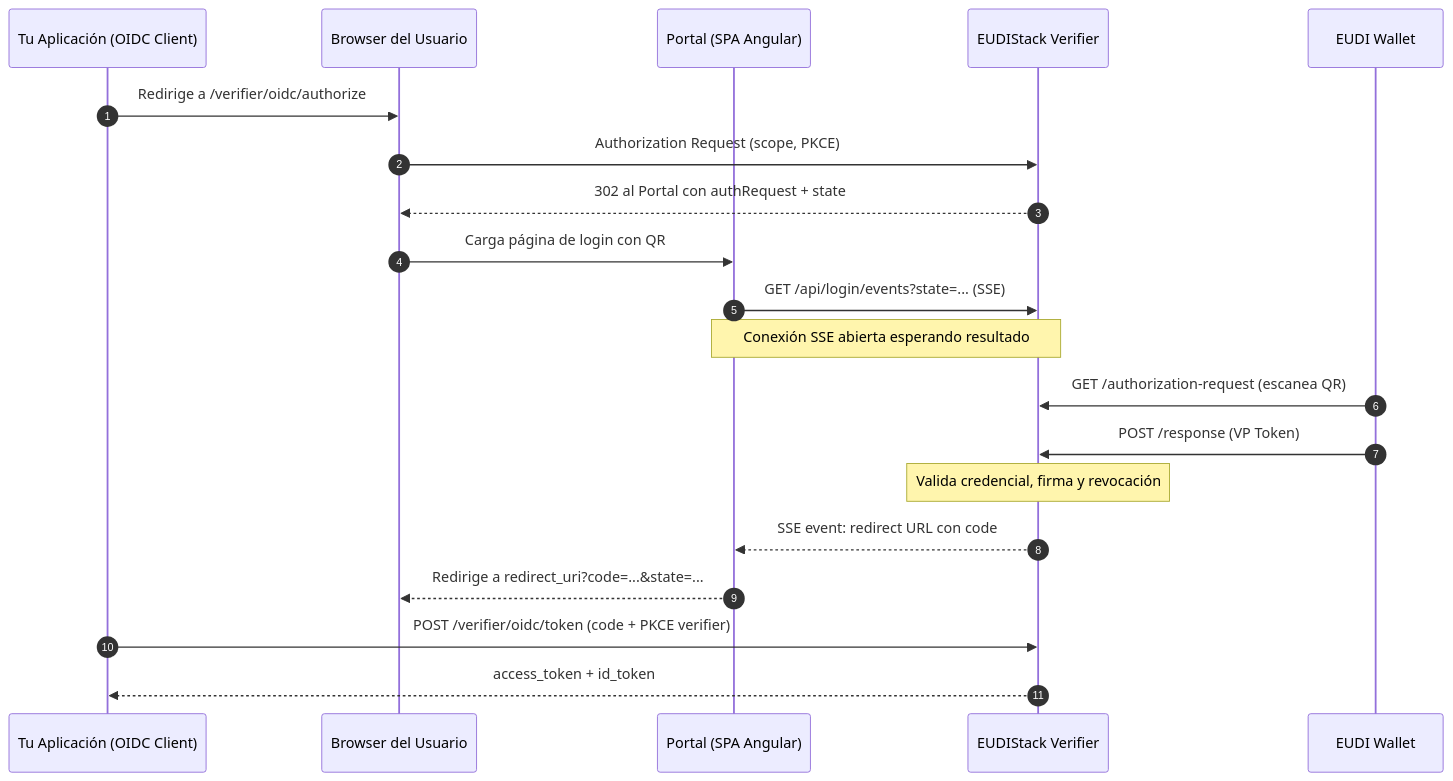
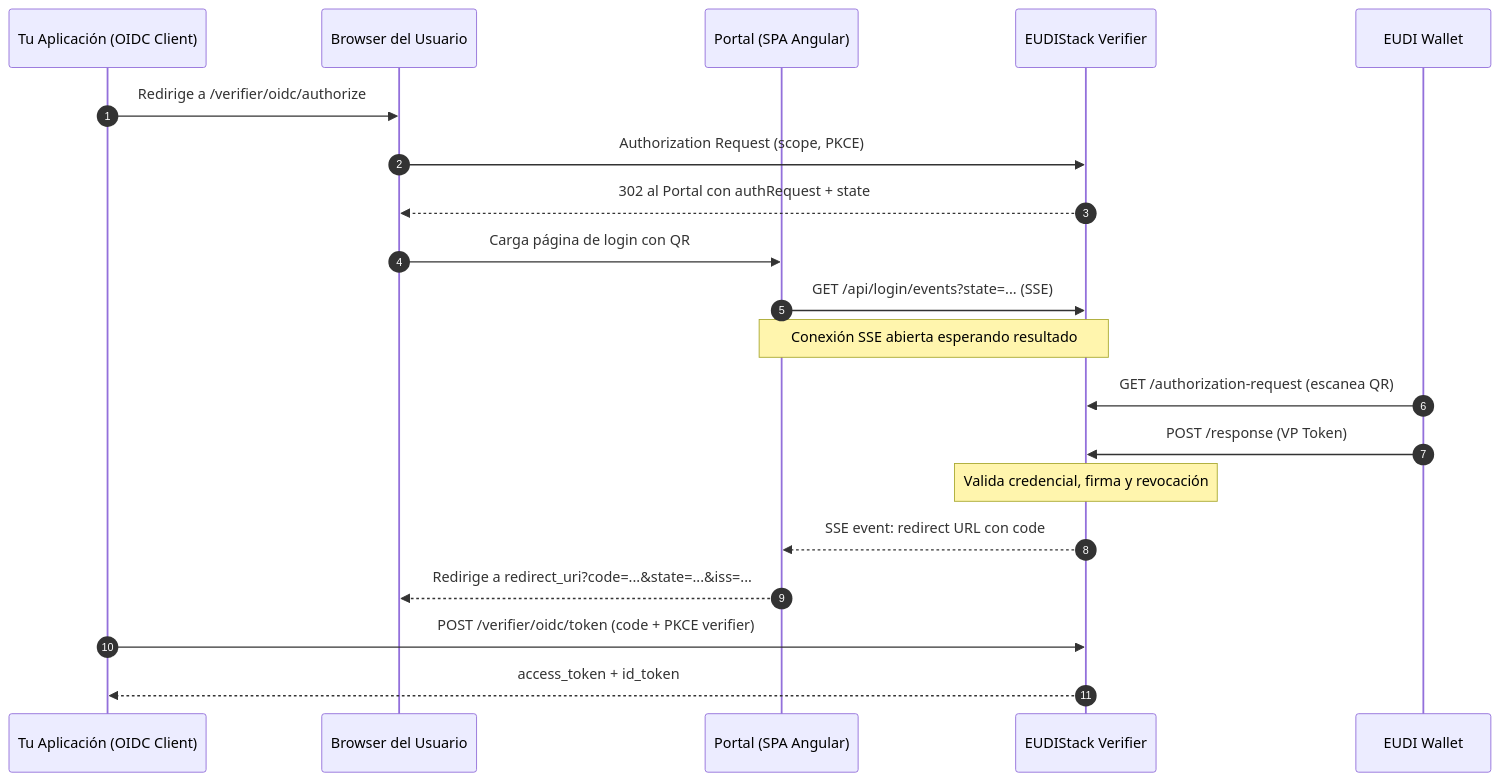
The diagram in docs/developers/guides/oidc-idp.md (in2workspace/eudistack-platform-docs), drawn with Mermaid before and after one commit. The commit also changed other lines of this file and 9 other files, not shown here.

````diff
--- a/docs/developers/guides/oidc-idp.md
+++ b/docs/developers/guides/oidc-idp.md
@@ -38,27 +38,27 @@
 ```mermaid
 sequenceDiagram
     autonumber
     participant App as Tu Aplicación (OIDC Client)
     participant Browser as Browser del Usuario
     participant Portal as Portal (SPA Angular)
     participant Verifier as EUDIStack Verifier
     participant Wallet as EUDI Wallet
 
     App->>Browser: Redirige a /verifier/oidc/authorize
     Browser->>Verifier: Authorization Request (scope, PKCE)
     Verifier-->>Browser: 302 al Portal con authRequest + state
     Browser->>Portal: Carga página de login con QR
 
     Portal->>Verifier: GET /api/login/events?state=... (SSE)
     Note over Portal,Verifier: Conexión SSE abierta esperando resultado
 
     Wallet->>Verifier: GET /authorization-request (escanea QR)
     Wallet->>Verifier: POST /response (VP Token)
     Note over Verifier: Valida credencial, firma y revocación
 
     Verifier-->>Portal: SSE event: redirect URL con code
-    Portal-->>Browser: Redirige a redirect_uri?code=...&state=...
+    Portal-->>Browser: Redirige a redirect_uri?code=...&state=...&iss=...
 
     App->>Verifier: POST /verifier/oidc/token (code + PKCE verifier)
     Verifier-->>App: access_token + id_token
 ```
````
